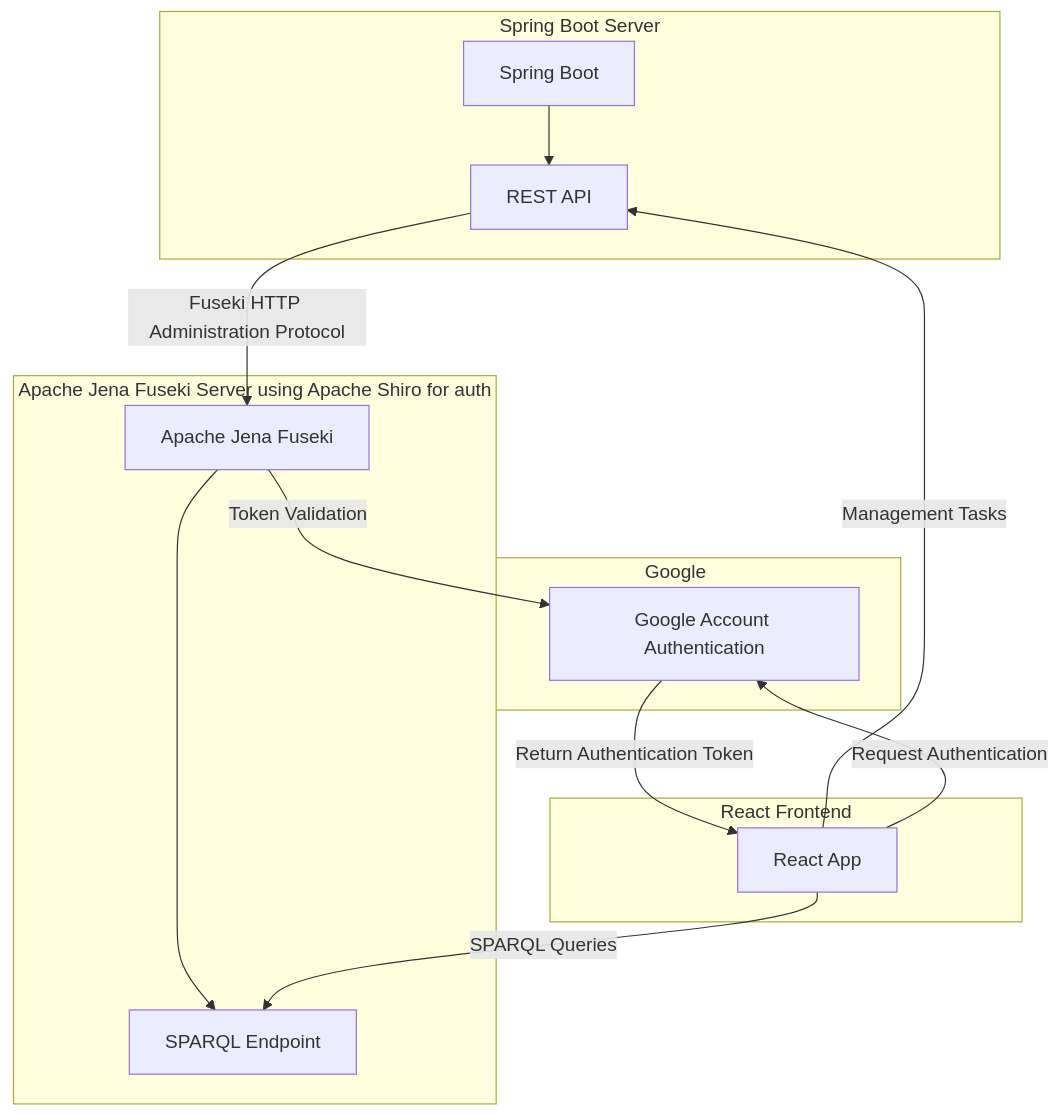
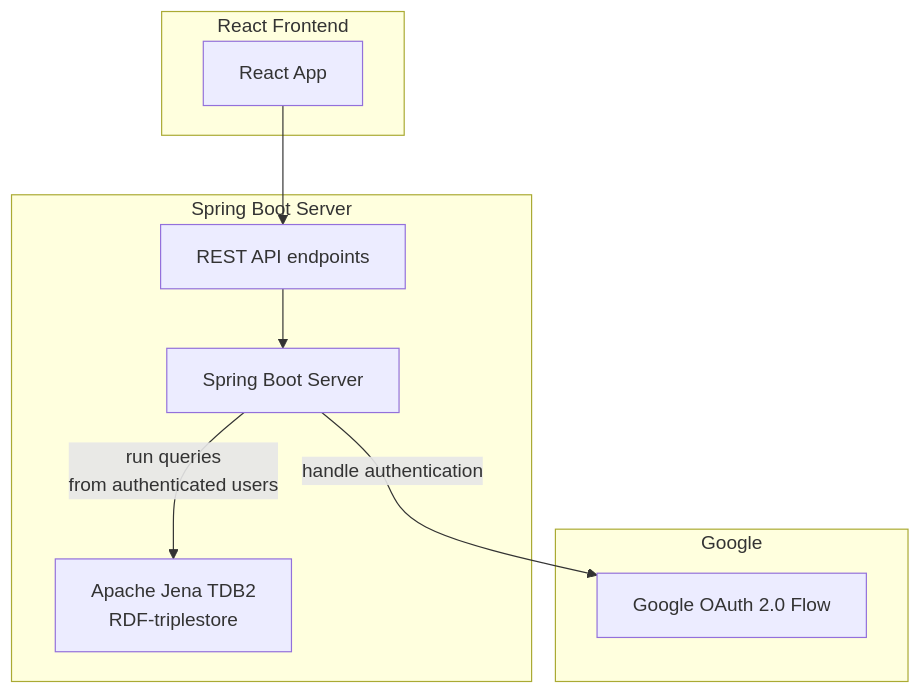
Before and after one commit to digitalservicebund/knowledge-graph: the first of 2 diagrams in doc/README.md, drawn with Mermaid. The commit also changed other lines of this file, not shown here.

Commit message:
Update architecture and sequence diagrams

````diff
--- a/doc/README.md
+++ b/doc/README.md
@@ -3,30 +3,22 @@
 ```mermaid
 graph
-
-  subgraph Spring Boot Server
-    springBoot[Spring Boot]
-    restAPI[REST API]
-    springBoot --> restAPI
-  end
-
-  subgraph Apache Jena Fuseki Server using Apache Shiro for auth
-    fuseki[Apache Jena Fuseki]
-    sparqlEndpoint[SPARQL Endpoint]
-    fuseki --> sparqlEndpoint
-  end
-
-  subgraph Google
-    googleAuth[Google Account Authentication]
-  end
 
   subgraph React Frontend
     reactApp[React App]
   end
 
-  restAPI -->|Fuseki HTTP Administration Protocol| fuseki
-  reactApp -->|Management Tasks| restAPI
-  reactApp -->|SPARQL Queries| sparqlEndpoint
-  reactApp -->|Request Authentication| googleAuth
-  googleAuth -->|Return Authentication Token| reactApp
-  fuseki -->|Token Validation| googleAuth
+  subgraph Spring Boot Server
+    springBoot[Spring Boot Server]
+    triplestore[Apache Jena TDB2<br>RDF-triplestore]
+    restAPI[REST API endpoints]
+    restAPI --> springBoot
+    springBoot -->|run queries<br>from authenticated users| triplestore
+  end
+
+  subgraph Google
+    googleAuth[Google OAuth 2.0 Flow]
+  end
+
+  reactApp --> restAPI
+  springBoot -->|handle authentication| googleAuth
 ```
````
